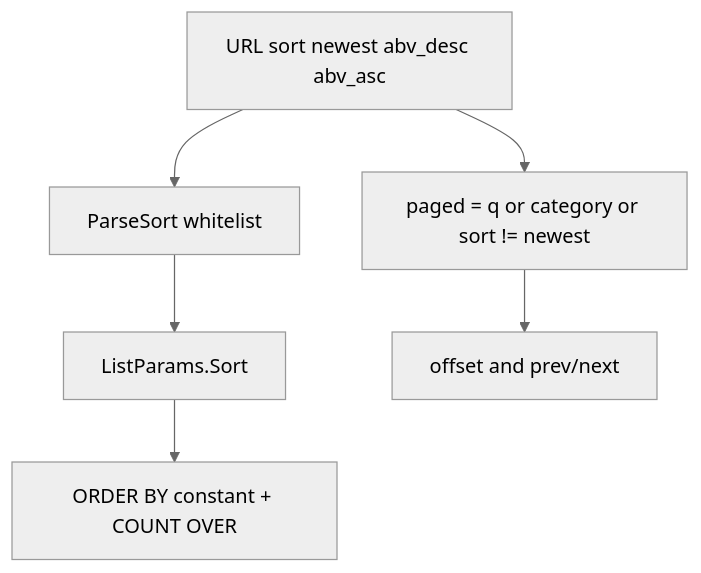
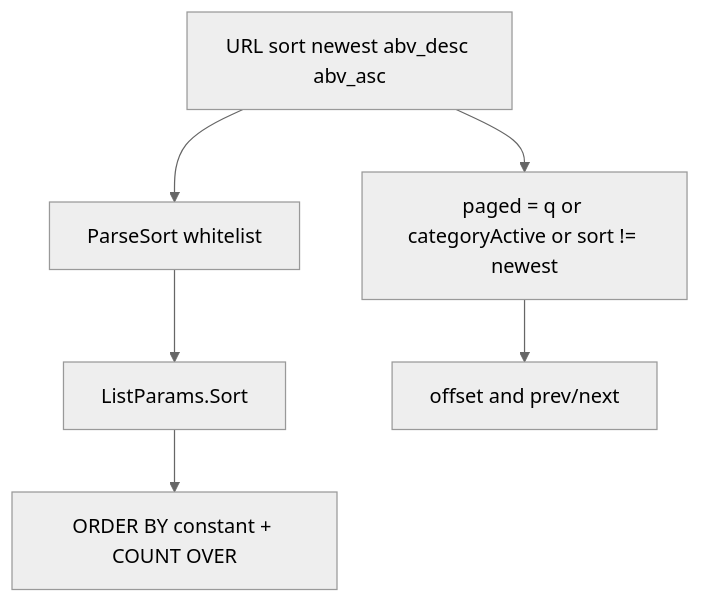
Before and after one commit to TomoyaOgashiwa/sakehub: the diagram in .cursor/plans/web_drinks_abv_sort.md, drawn with Mermaid (neutral theme). The commit also changed other lines of this file and 2 other files, not shown here.

````diff
--- a/.cursor/plans/web_drinks_abv_sort.md
+++ b/.cursor/plans/web_drinks_abv_sort.md
@@ -57,8 +76,8 @@
 ```mermaid
 flowchart TD
   URL["URL sort newest abv_desc abv_asc"] --> Parse["ParseSort whitelist"]
   Parse --> Params["ListParams.Sort"]
   Params --> SQL["ORDER BY constant + COUNT OVER"]
-  URL --> Client["paged = q or category or sort != newest"]
+  URL --> Client["paged = q or categoryActive or sort != newest"]
   Client --> Page["offset and prev/next"]
 ```
````
